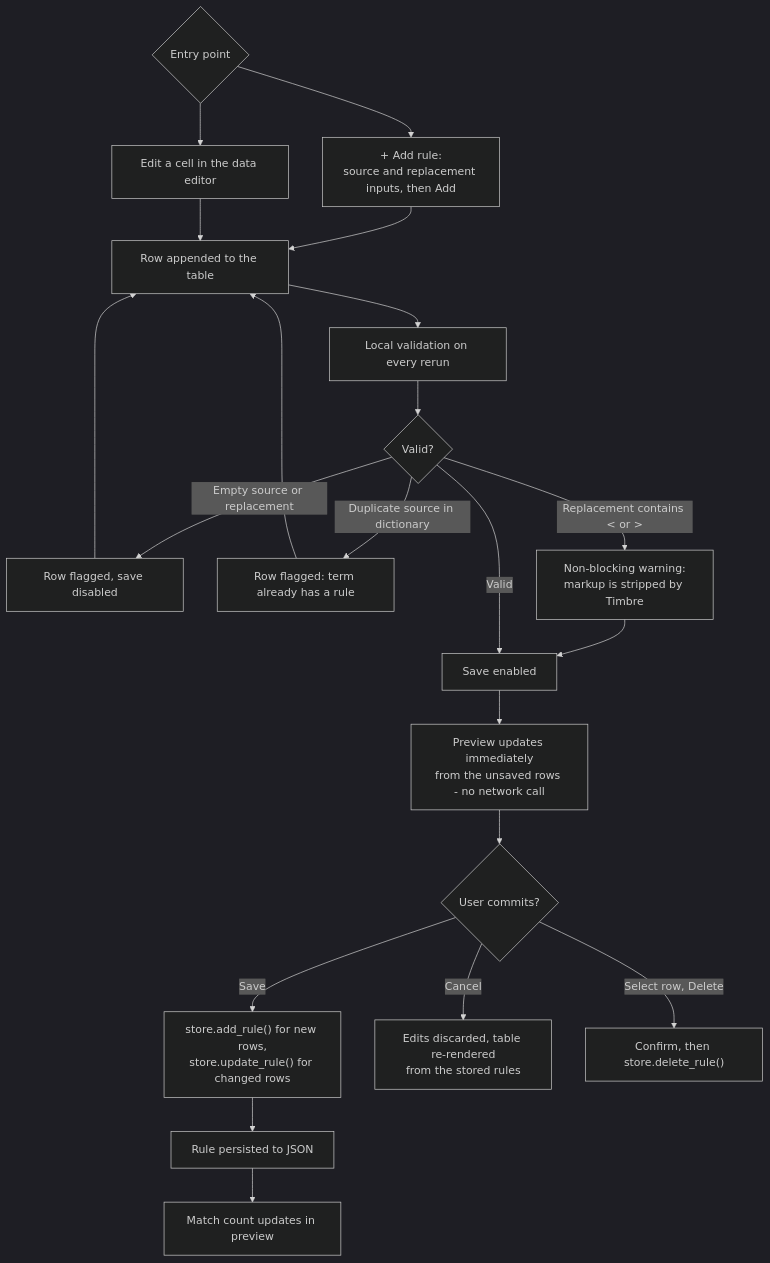
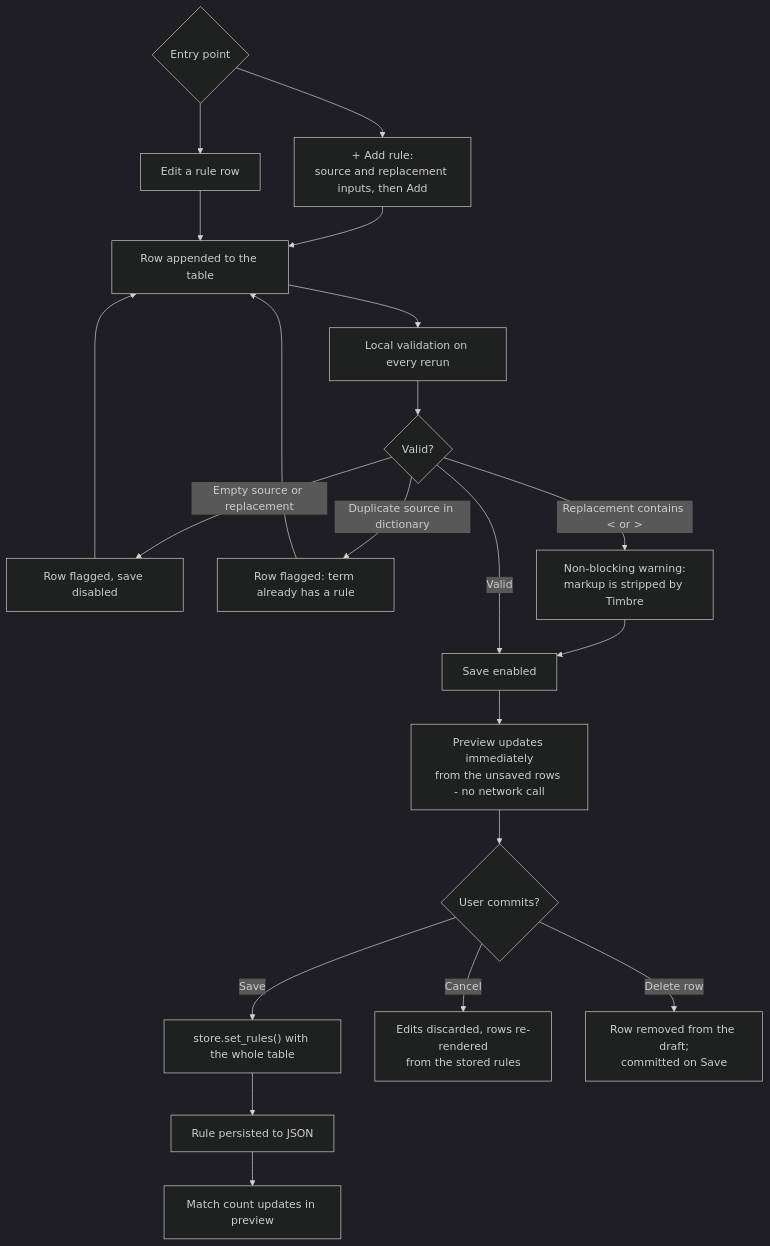
The third of 10 diagrams in docs/App Flow.md (KshitijMittal/Timbre-Pronunciation-Studio), drawn with Mermaid (dark theme) before and after one commit. The commit also changed other lines of this file and 24 other files, not shown here.

````diff
--- a/docs/App Flow.md
+++ b/docs/App Flow.md
@@ -203,27 +206,27 @@
 ```mermaid
 flowchart TD
     A{Entry point} --> B[+ Add rule:<br/>source and replacement inputs, then Add]
-    A --> D[Edit a cell in the data editor]
+    A --> D[Edit a rule row]
 
     B --> G[Row appended to the table]
     D --> G
 
     G --> I[Local validation on every rerun]
     I --> J{Valid?}
     J -- Empty source or replacement --> K[Row flagged, save disabled]
     K --> G
     J -- Duplicate source in dictionary --> L[Row flagged: term already has a rule]
     L --> G
     J -- Replacement contains < or > --> M[Non-blocking warning:<br/>markup is stripped by Timbre]
     M --> N[Save enabled]
     J -- Valid --> N
 
     N --> O[Preview updates immediately<br/>from the unsaved rows - no network call]
     O --> P{User commits?}
-    P -- Save --> Q["store.add_rule() for new rows,<br/>store.update_rule() for changed rows"]
-    P -- Cancel --> R[Edits discarded, table re-rendered<br/>from the stored rules]
-    P -- Select row, Delete --> S["Confirm, then store.delete_rule()"]
+    P -- Save --> Q["store.set_rules() with the whole table"]
+    P -- Cancel --> R[Edits discarded, rows re-rendered<br/>from the stored rules]
+    P -- Delete row --> S["Row removed from the draft;<br/>committed on Save"]
 
     Q --> T[Rule persisted to JSON]
     T --> U[Match count updates in preview]
 ```
````
